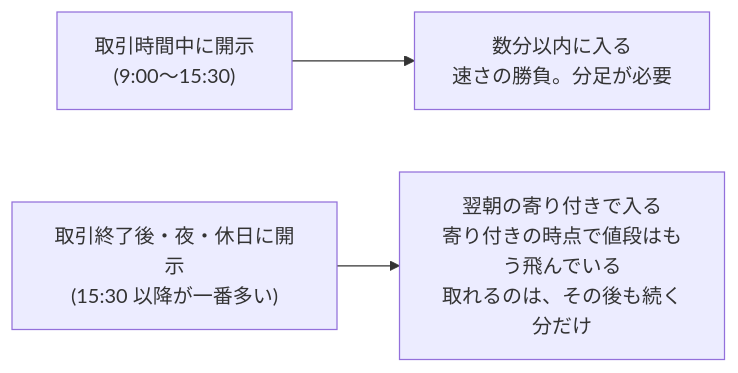
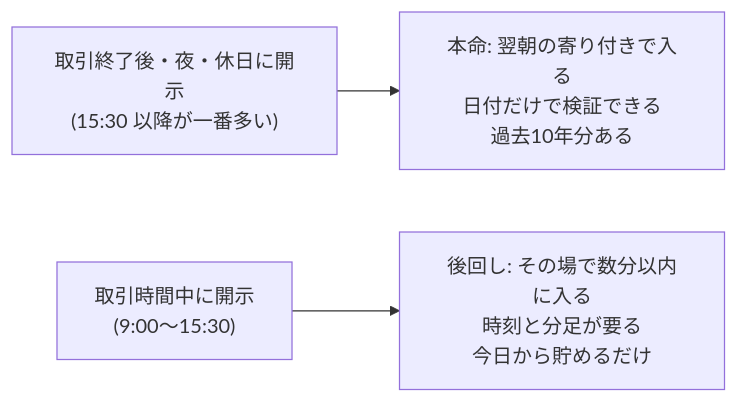
The second of 3 diagrams in docs/PLAN.md (hirosyrup/alchemy-stock), drawn with Mermaid before and after one commit. The commit also changed other lines of this file, not shown here.

````diff
--- a/docs/PLAN.md
+++ b/docs/PLAN.md
@@ -79,5 +130,5 @@
 ```mermaid
 flowchart LR
-    T1["取引時間中に開示<br/>(9:00〜15:30)"] --> E1["数分以内に入る<br/>速さの勝負。分足が必要"]
-    T2["取引終了後・夜・休日に開示<br/>(15:30 以降が一番多い)"] --> E2["翌朝の寄り付きで入る<br/>寄り付きの時点で値段はもう飛んでいる<br/>取れるのは、その後も続く分だけ"]
+    T2["取引終了後・夜・休日に開示<br/>(15:30 以降が一番多い)"] --> E2["本命: 翌朝の寄り付きで入る<br/>日付だけで検証できる<br/>過去10年分ある"]
+    T1["取引時間中に開示<br/>(9:00〜15:30)"] --> E1["後回し: その場で数分以内に入る<br/>時刻と分足が要る<br/>今日から貯めるだけ"]
 ```
````
